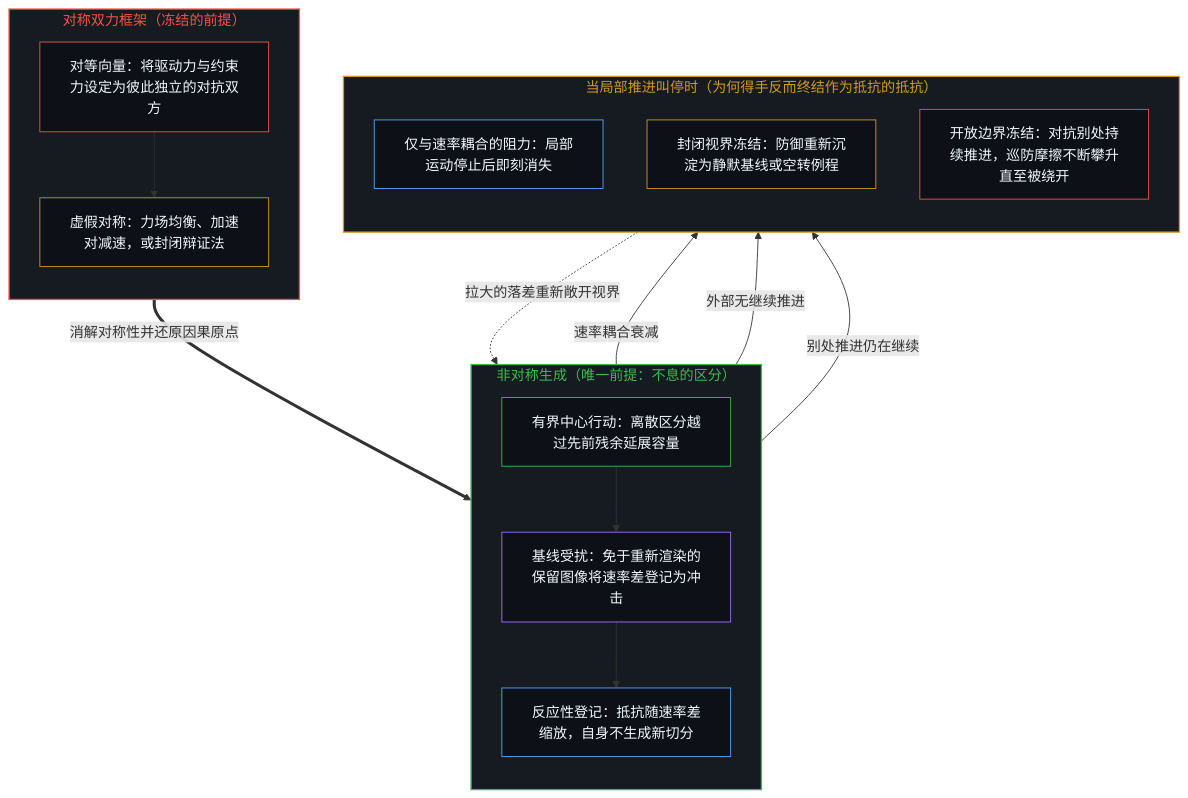
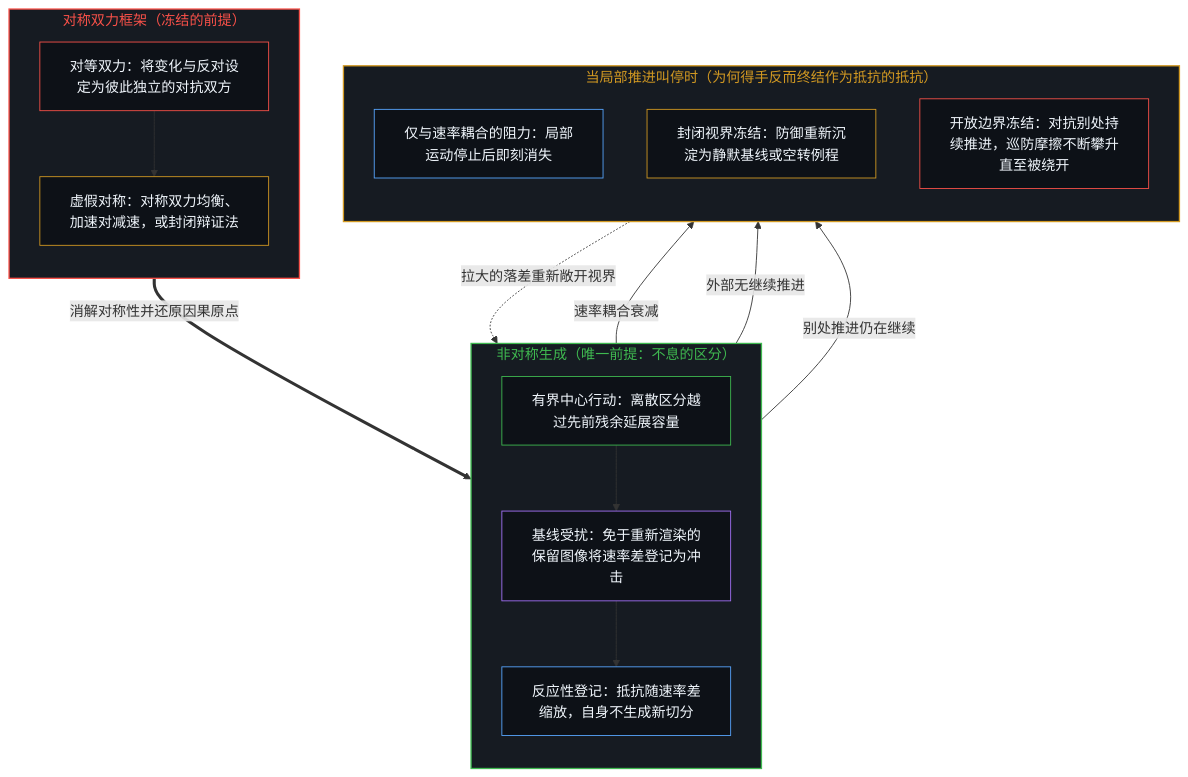
The first of 4 diagrams in content/posts/the-residue-of-progress-and-the-reactivity-of-resistance.md (powerpig99/not-a-toe), drawn with Mermaid before and after one commit. The commit also changed other lines of this file and 24 other files, not shown here.

````diff
--- a/content/posts/the-residue-of-progress-and-the-reactivity-of-resistance.md
+++ b/content/posts/the-residue-of-progress-and-the-reactivity-of-resistance.md
@@ -35,38 +35,38 @@
 ```mermaid
 flowchart TD
     subgraph S_Sym["对称双力框架（冻结的前提）"]
         direction TB
-        S1["对等向量：将驱动力与约束力设定为彼此独立的对抗双方"]
-        S2["虚假对称：力场均衡、加速对减速，或封闭辩证法"]
+        S1["对等双力：将变化与反对设定为彼此独立的对抗双方"]
+        S2["虚假对称：对称双力均衡、加速对减速，或封闭辩证法"]
         S1 --> S2
     end
     subgraph S_Asym["非对称生成（唯一前提：不息的区分）"]
         direction TB
         A1["有界中心行动：离散区分越过先前残余延展容量"]
         A2["基线受扰：免于重新渲染的保留图像将速率差登记为冲击"]
         A3["反应性登记：抵抗随速率差缩放，自身不生成新切分"]
         A1 --> A2 --> A3
     end
     subgraph S_Halt["当局部推进叫停时（为何得手反而终结作为抵抗的抵抗）"]
         direction TB
         H1["仅与速率耦合的阻力：局部运动停止后即刻消失"]
         H2["封闭视界冻结：防御重新沉淀为静默基线或空转例程"]
         H3["开放边界冻结：对抗别处持续推进，巡防摩擦不断攀升直至被绕开"]
     end
     S2 ==>|"消解对称性并还原因果原点"| A1
     A3 -->|"速率耦合衰减"| H1
     A3 -->|"外部无继续推进"| H2
     A3 -->|"别处推进仍在继续"| H3
     H3 -.->|"拉大的落差重新敞开视界"| A1
     style S_Sym fill:#161b22,stroke:#f85149,stroke-width:1.5px,color:#f85149
     style S_Asym fill:#161b22,stroke:#3fb950,stroke-width:1.5px,color:#3fb950
     style S_Halt fill:#161b22,stroke:#d29922,stroke-width:1.5px,color:#d29922
     style S1 fill:#0d1117,stroke:#f85149,stroke-width:1px,color:#f0f6fc
     style S2 fill:#0d1117,stroke:#d29922,stroke-width:1px,color:#f0f6fc
     style A1 fill:#0d1117,stroke:#3fb950,stroke-width:1px,color:#f0f6fc
     style A2 fill:#0d1117,stroke:#a371f7,stroke-width:1px,color:#f0f6fc
     style A3 fill:#0d1117,stroke:#58a6ff,stroke-width:1px,color:#f0f6fc
     style H1 fill:#0d1117,stroke:#58a6ff,stroke-width:1px,color:#f0f6fc
     style H2 fill:#0d1117,stroke:#d29922,stroke-width:1px,color:#f0f6fc
     style H3 fill:#0d1117,stroke:#f85149,stroke-width:1px,color:#f0f6fc
 ```
````
